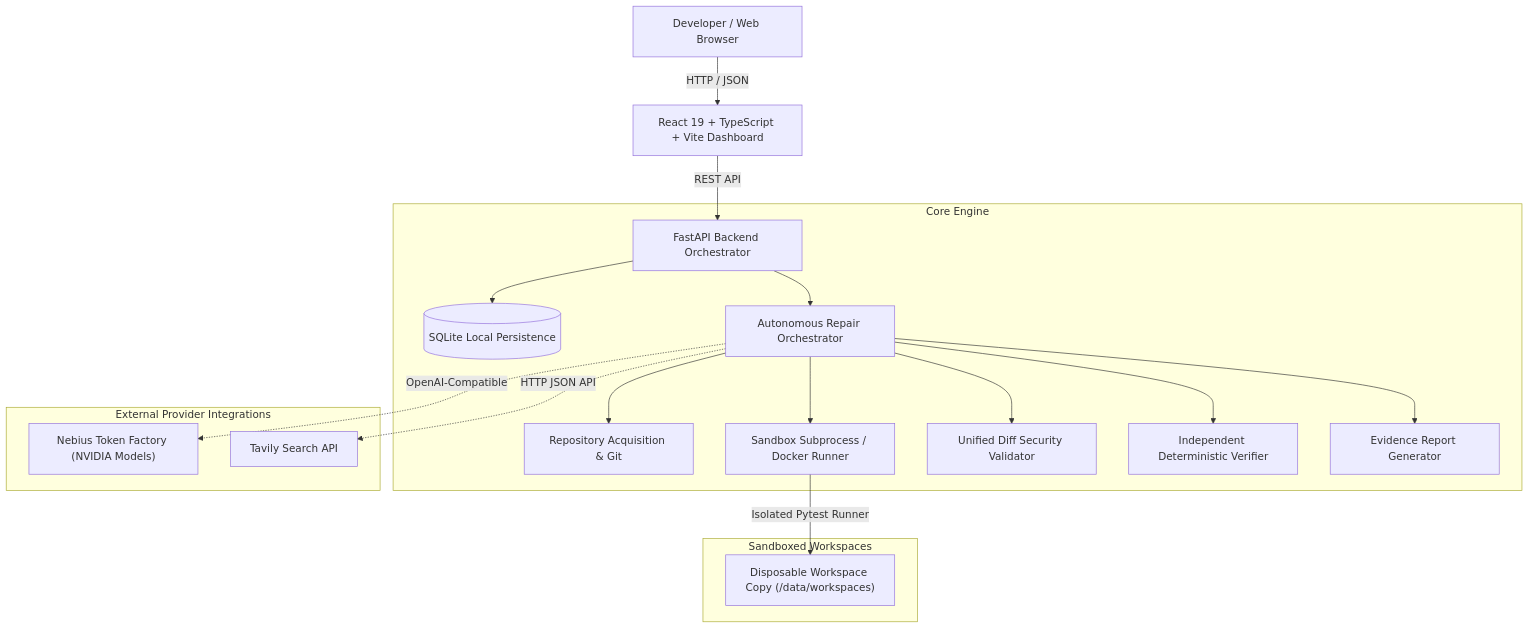
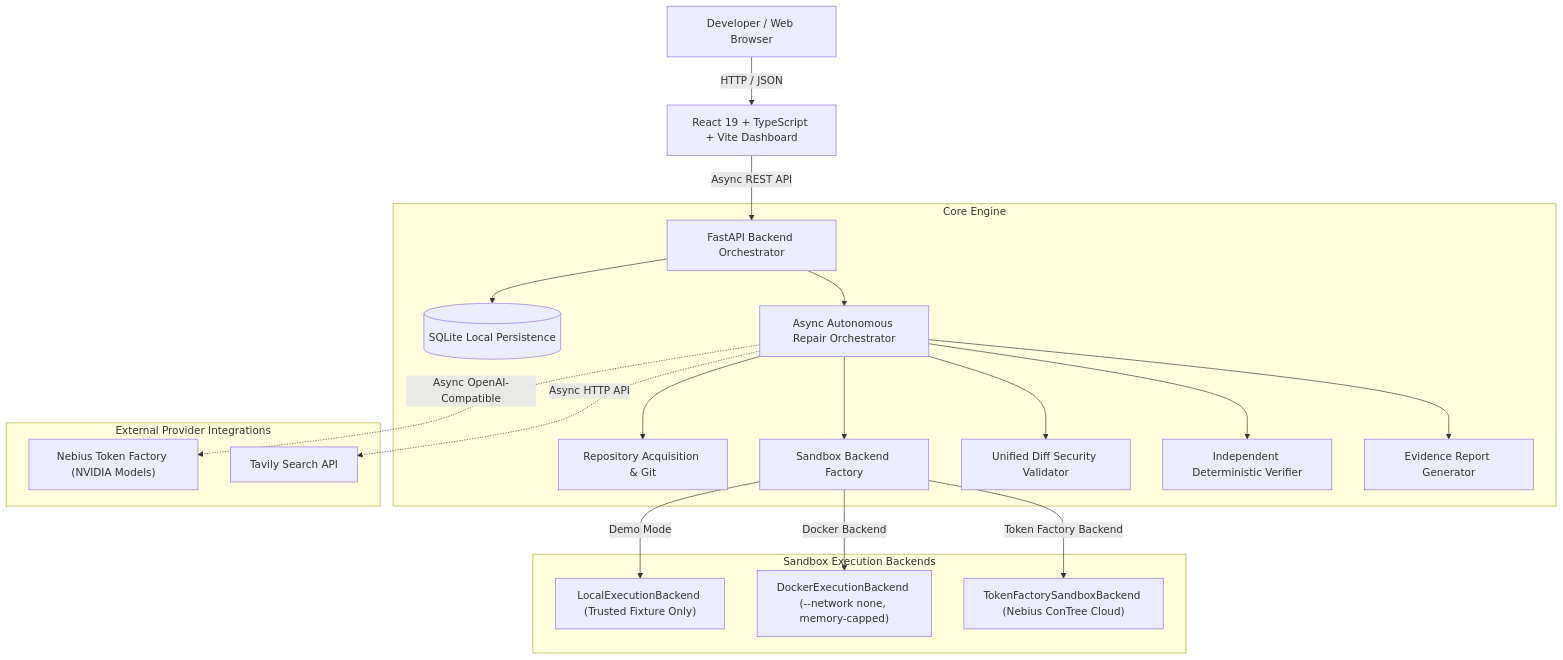
The diagram in README.md (VaibhavSoni24/ProofPatch), drawn with Mermaid before and after one commit. The commit also changed other lines of this file and 7 other files, not shown here.

````diff
--- a/README.md
+++ b/README.md
@@ -55,23 +56,25 @@
 ```mermaid
 graph TD
     User["Developer / Web Browser"] -->|HTTP / JSON| Frontend["React 19 + TypeScript + Vite Dashboard"]
-    Frontend -->|REST API| API["FastAPI Backend Orchestrator"]
+    Frontend -->|Async REST API| API["FastAPI Backend Orchestrator"]
     subgraph Core Engine
         API --> DB[(SQLite Local Persistence)]
-        API --> Orchestrator["Autonomous Repair Orchestrator"]
+        API --> Orchestrator["Async Autonomous Repair Orchestrator"]
         Orchestrator --> RepoAcq["Repository Acquisition & Git"]
-        Orchestrator --> Sandbox["Sandbox Subprocess / Docker Runner"]
+        Orchestrator --> SandboxFactory["Sandbox Backend Factory"]
         Orchestrator --> PatchParser["Unified Diff Security Validator"]
         Orchestrator --> Verifier["Independent Deterministic Verifier"]
         Orchestrator --> EvidenceService["Evidence Report Generator"]
     end
 
-    subgraph External Provider Integrations
-        Orchestrator -.->|OpenAI-Compatible| Nebius["Nebius Token Factory (NVIDIA Models)"]
-        Orchestrator -.->|HTTP JSON API| Tavily["Tavily Search API"]
+    subgraph Sandbox Execution Backends
+        SandboxFactory -->|Demo Mode| LocalSandbox["LocalExecutionBackend (Trusted Fixture Only)"]
+        SandboxFactory -->|Docker Backend| DockerSandbox["DockerExecutionBackend (--network none, memory-capped)"]
+        SandboxFactory -->|Token Factory Backend| ConTreeSandbox["TokenFactorySandboxBackend (Nebius ConTree Cloud)"]
     end
 
-    subgraph Sandboxed Workspaces
-        Sandbox -->|Isolated Pytest Runner| Workspace["Disposable Workspace Copy (/data/workspaces)"]
+    subgraph External Provider Integrations
+        Orchestrator -.->|Async OpenAI-Compatible| Nebius["Nebius Token Factory (NVIDIA Models)"]
+        Orchestrator -.->|Async HTTP API| Tavily["Tavily Search API"]
     end
 ```
````
